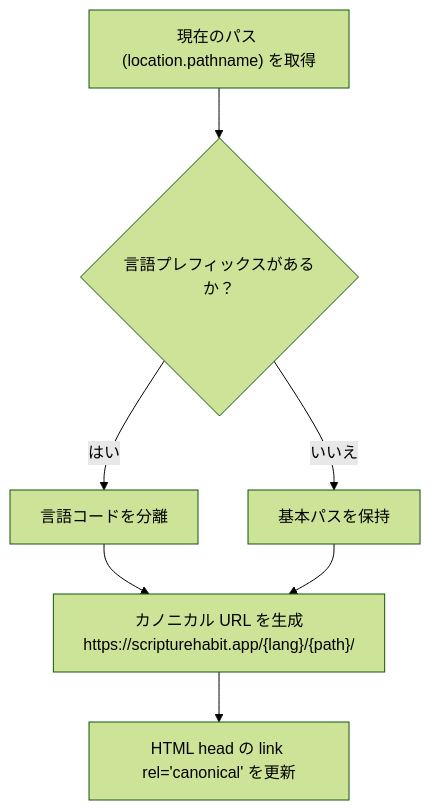
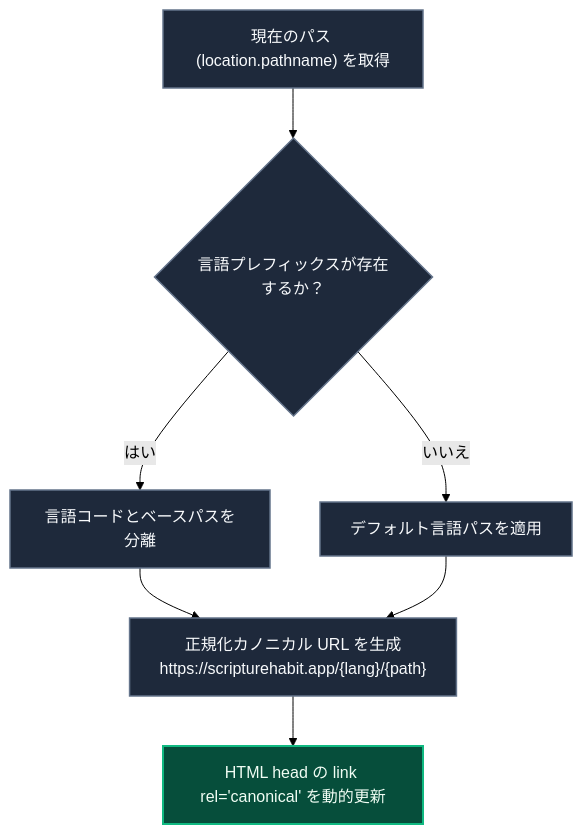
Before and after one commit to ScriptureHabit/scripture-habit: the diagram in docs/ja/seo-and-meta-management.md, drawn with Mermaid (forest theme). The commit also changed other lines of this file and 57 other files, not shown here.

Commit message:
docs: refine documentation prose and add structured diagram breakdowns across JA and EN

````diff
--- a/docs/ja/seo-and-meta-management.md
+++ b/docs/ja/seo-and-meta-management.md
@@ -11,9 +11,12 @@
 ```mermaid
 flowchart TD
-    Path["現在のパス (location.pathname) を取得"] --> CheckPrefix{"言語プレフィックスがあるか？"}
-    CheckPrefix -- はい --> Extract["言語コードを分離"]
-    CheckPrefix -- いいえ --> Keep["基本パスを保持"]
-    Extract --> Canonical["カノニカル URL を生成<br/>https://scripturehabit.app/{lang}/{path}/"]
+    classDef step fill:#1e293b,stroke:#64748b,stroke-width:1.5px,color:#f8fafc;
+    classDef done fill:#064e3b,stroke:#10b981,stroke-width:2px,color:#f0fdf4;
+
+    Path["現在のパス (location.pathname) を取得"]:::step --> CheckPrefix{"言語プレフィックスが存在するか？"}:::step
+    CheckPrefix -- "はい" --> Extract["言語コードとベースパスを分離"]:::step
+    CheckPrefix -- "いいえ" --> Keep["デフォルト言語パスを適用"]:::step
+    Extract --> Canonical["正規化カノニカル URL を生成<br/>https://scripturehabit.app/{lang}/{path}"]:::step
     Keep --> Canonical
-    Canonical --> Insert["HTML head の link rel='canonical' を更新"]
+    Canonical --> Insert["HTML head の link rel='canonical' を動的更新"]:::done
 ```
````
